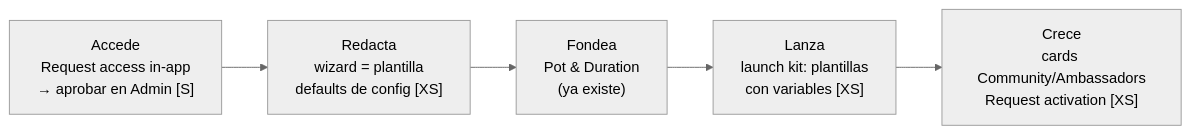
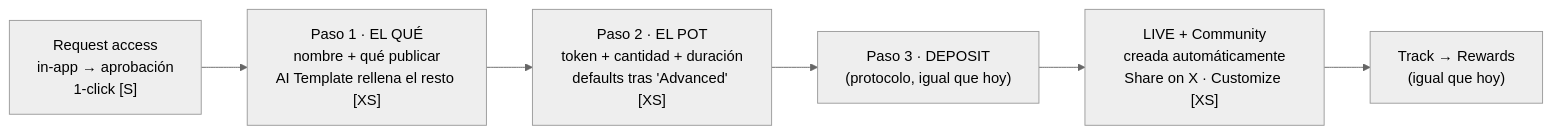
The second of 2 diagrams in rally-flows/app-rally-flows.md (sergiogenlayer/predictionmarket), drawn with Mermaid (neutral theme) before and after one commit. The commit also changed other lines of this file and 2 other files, not shown here.

First line of the commit message:
Drop launch kit, make Community auto-creation explicit, 3-screen wizard (v5)

````diff
--- a/rally-flows/app-rally-flows.md
+++ b/rally-flows/app-rally-flows.md
@@ -38,7 +35,8 @@
 ```mermaid
 flowchart LR
-    A["Accede<br/>Request access in-app<br/>→ aprobar en Admin [S]"] --> B["Redacta<br/>wizard = plantilla<br/>defaults de config [XS]"]
-    B --> C["Fondea<br/>Pot & Duration<br/>(ya existe)"]
-    C --> D["Lanza<br/>launch kit: plantillas<br/>con variables [XS]"]
-    D --> E["Crece<br/>cards Community/Ambassadors<br/>Request activation [XS]"]
+    A["Request access<br/>in-app → aprobación<br/>1-click [S]"] --> B["Paso 1 · EL QUÉ<br/>nombre + qué publicar<br/>AI Template rellena el resto [XS]"]
+    B --> C["Paso 2 · EL POT<br/>token + cantidad + duración<br/>defaults tras 'Advanced' [XS]"]
+    C --> D["Paso 3 · DEPOSIT<br/>(protocolo, igual que hoy)"]
+    D --> E["LIVE + Community<br/>creada automáticamente<br/>Share on X · Customize [XS]"]
+    E --> F["Track → Rewards<br/>(igual que hoy)"]
 ```
````
